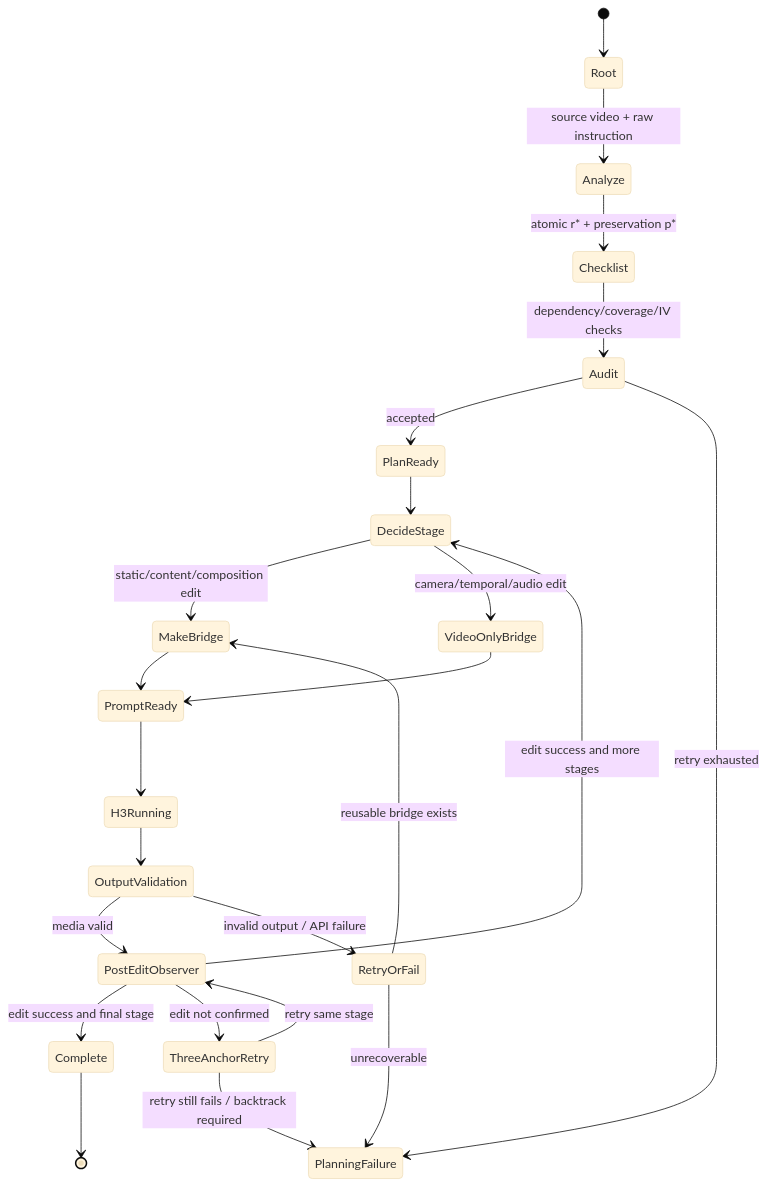
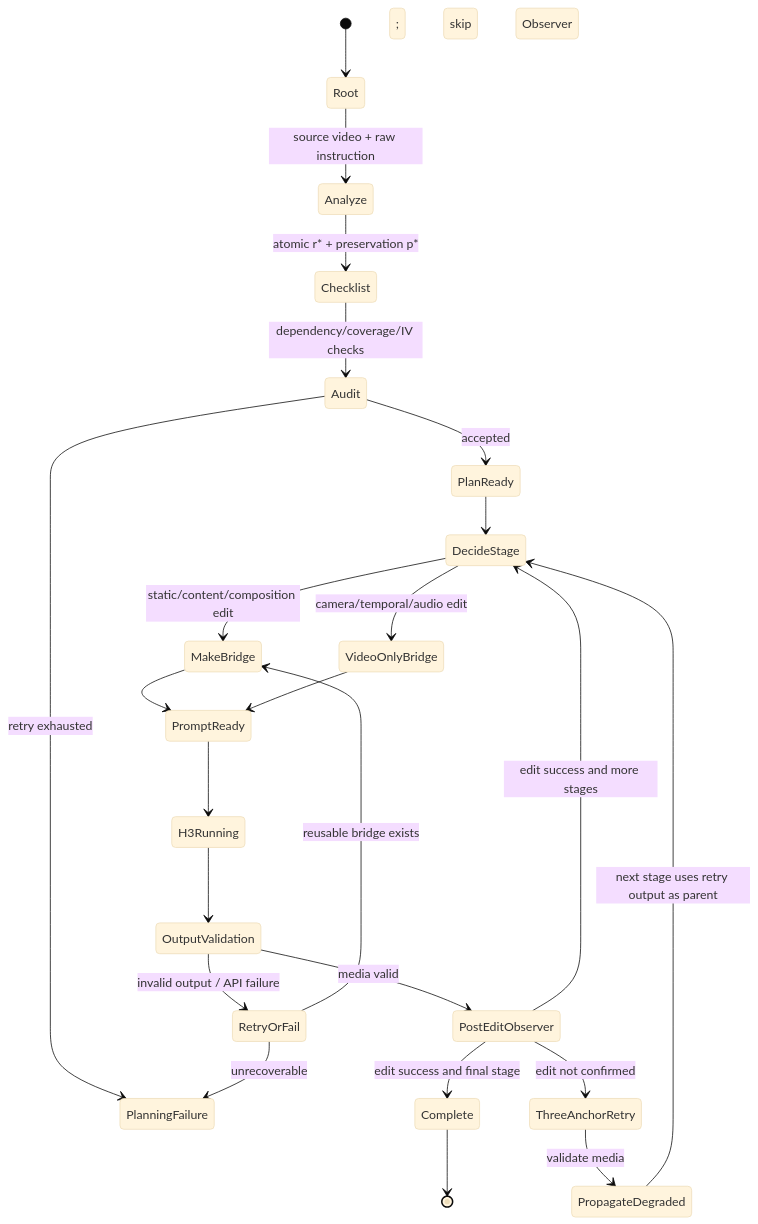
Before and after one commit to lyra-planet/Pipline: the second of 2 diagrams in docs/MSR_H3_MULTI_STEP_AGENT_PIPELINE_CN.md, drawn with Mermaid (base theme). The commit also changed other lines of this file and 36 other files, not shown here.

````diff
--- a/docs/MSR_H3_MULTI_STEP_AGENT_PIPELINE_CN.md
+++ b/docs/MSR_H3_MULTI_STEP_AGENT_PIPELINE_CN.md
@@ -634,26 +635,26 @@
 ```mermaid
 stateDiagram-v2
     [*] --> Root
     Root --> Analyze: source video + raw instruction
     Analyze --> Checklist: atomic r* + preservation p*
     Checklist --> Audit: dependency/coverage/IV checks
     Audit --> PlanReady: accepted
     Audit --> PlanningFailure: retry exhausted
     PlanReady --> DecideStage
     DecideStage --> MakeBridge: static/content/composition edit
     DecideStage --> VideoOnlyBridge: camera/temporal/audio edit
     MakeBridge --> PromptReady
     VideoOnlyBridge --> PromptReady
     PromptReady --> H3Running
     H3Running --> OutputValidation
     OutputValidation --> PostEditObserver: media valid
     OutputValidation --> RetryOrFail: invalid output / API failure
     PostEditObserver --> DecideStage: edit success and more stages
     PostEditObserver --> Complete: edit success and final stage
     PostEditObserver --> ThreeAnchorRetry: edit not confirmed
-    ThreeAnchorRetry --> PostEditObserver: retry same stage
+    ThreeAnchorRetry --> PropagateDegraded: validate media; skip Observer
     Complete --> [*]
-    ThreeAnchorRetry --> PlanningFailure: retry still fails / backtrack required
+    PropagateDegraded --> DecideStage: next stage uses retry output as parent
     RetryOrFail --> MakeBridge: reusable bridge exists
     RetryOrFail --> PlanningFailure: unrecoverable
 ```
````
